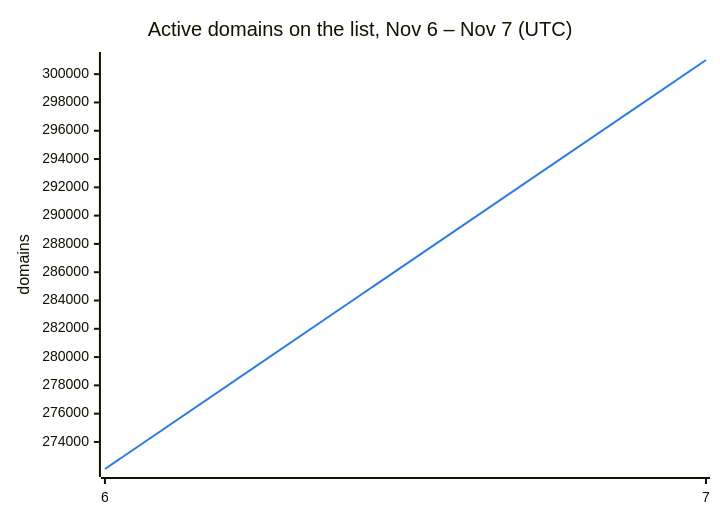
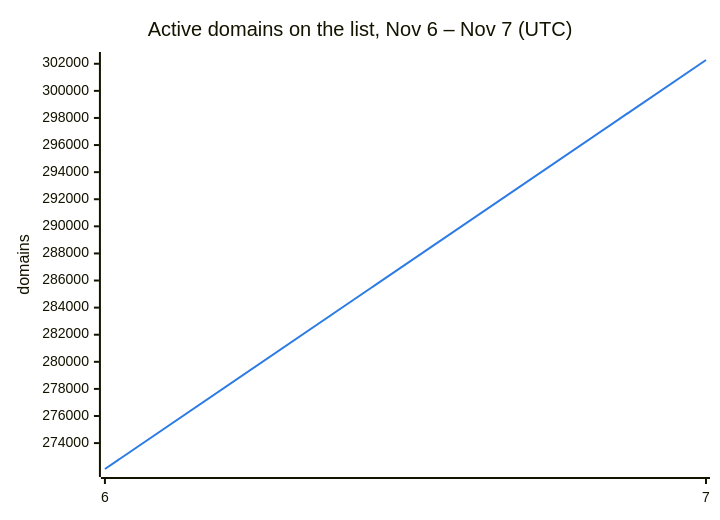
The second of 3 diagrams in README.md (DNSBunker/CTI), drawn with Mermaid before and after one commit. The commit also changed other lines of this file and 3 other files, not shown here.

````diff
--- a/README.md
+++ b/README.md
@@ -38,8 +38,8 @@
 ```mermaid
 %%{init: {"themeVariables": {"xyChart": {"plotColorPalette": "#2c7be5"}}}}%%
 xychart-beta
     title "Active domains on the list, Nov 6 – Nov 7 (UTC)"
     x-axis ["6", "7"]
     y-axis "domains"
-    line [272088, 301001]
+    line [272088, 302278]
 ```
````
